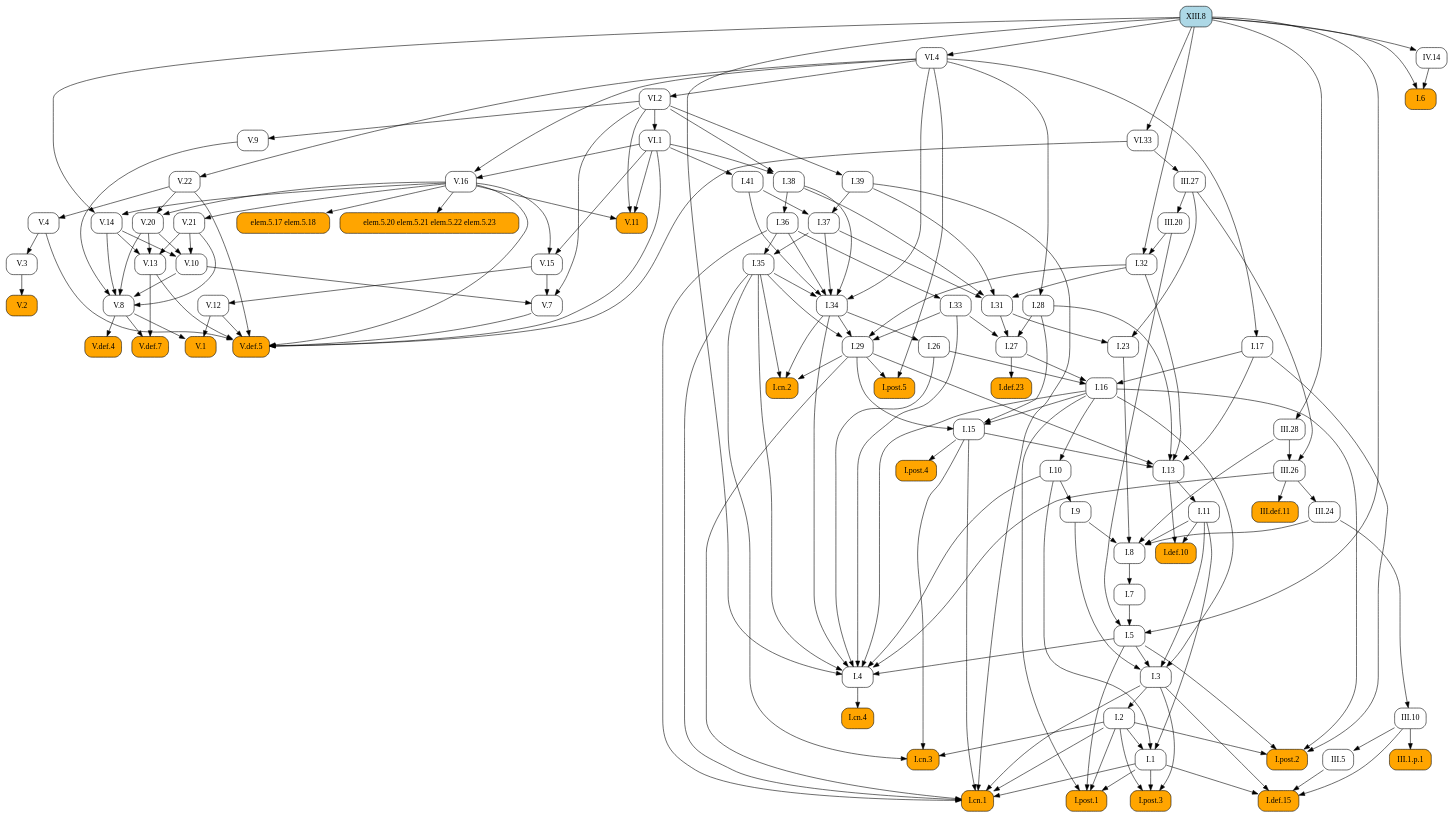
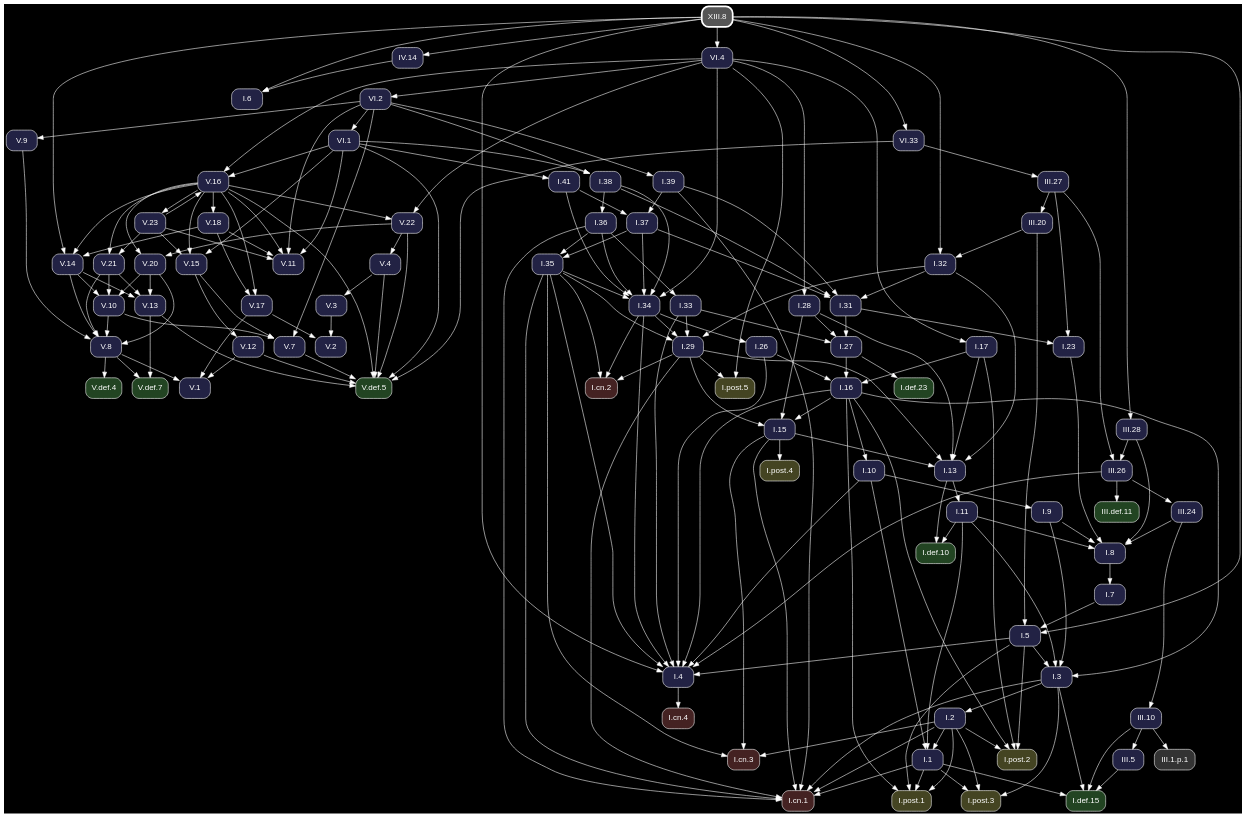
The diagram in docsrc/heath/XIII/8/index.rst (geometor/elements), drawn with Graphviz before and after one commit. The commit also changed other lines of this file and 1200 other files, not shown here.

Commit message:
update dependency graphs

```diff
--- a/docsrc/heath/XIII/8/index.rst
+++ b/docsrc/heath/XIII/8/index.rst
@@ -47,149 +47,221 @@
 .. graphviz::
 
    digraph {
+     bgcolor="black";
+     node [shape=box, style="rounded,filled", fontname="Helvetica", color="white", fontcolor="white"];
+     edge [color="white", fontcolor="white"];
      rankdir="TB";
-     node [shape=box, style=rounded];
-     "I.23" [URL="/heath/I/23/", target="_top"];
-     "I.9" [URL="/heath/I/9/", target="_top"];
-     "III.24" [URL="/heath/III/24/", target="_top"];
-     "I.def.15" [style="rounded,filled", fillcolor=orange, URL="/heath/I/def.15/", target="_top"];
-     "V.13" [URL="/heath/V/13/", target="_top"];
-     "V.7" [URL="/heath/V/7/", target="_top"];
-     "elem.5.17 elem.5.18" [style="rounded,filled", fillcolor=orange];
-     "I.post.1" [style="rounded,filled", fillcolor=orange, URL="/heath/I/post.1/", target="_top"];
-     "V.14" [URL="/heath/V/14/", target="_top"];
-     "III.20" [URL="/heath/III/20/", target="_top"];
-     "V.9" [URL="/heath/V/9/", target="_top"];
-     "IV.14" [URL="/heath/IV/14/", target="_top"];
-     "I.31" [URL="/heath/I/31/", target="_top"];
-     "V.10" [URL="/heath/V/10/", target="_top"];
-     "I.def.10" [style="rounded,filled", fillcolor=orange, URL="/heath/I/def.10/", target="_top"];
-     "V.4" [URL="/heath/V/4/", target="_top"];
-     "VI.1" [URL="/heath/VI/1/", target="_top"];
-     "I.39" [URL="/heath/I/39/", target="_top"];
-     "V.11" [style="rounded,filled", fillcolor=orange, URL="/heath/V/11/", target="_top"];
-     "I.34" [URL="/heath/I/34/", target="_top"];
-     "I.3" [URL="/heath/I/3/", target="_top"];
-     "V.def.4" [style="rounded,filled", fillcolor=orange, URL="/heath/V/def.4/", target="_top"];
-     "III.28" [URL="/heath/III/28/", target="_top"];
-     "V.def.7" [style="rounded,filled", fillcolor=orange, URL="/heath/V/def.7/", target="_top"];
-     "I.2" [URL="/heath/I/2/", target="_top"];
-     "V.21" [URL="/heath/V/21/", target="_top"];
-     "V.3" [URL="/heath/V/3/", target="_top"];
-     "I.13" [URL="/heath/I/13/", target="_top"];
-     "I.post.4" [style="rounded,filled", fillcolor=orange, URL="/heath/I/post.4/", target="_top"];
-     "I.4" [URL="/heath/I/4/", target="_top"];
-     "I.1" [URL="/heath/I/1/", target="_top"];
-     "XIII.8" [style="rounded,filled", fillcolor=lightblue, URL="/heath/XIII/8/", target="_top"];
-     "I.8" [URL="/heath/I/8/", target="_top"];
-     "I.17" [URL="/heath/I/17/", target="_top"];
-     "I.29" [URL="/heath/I/29/", target="_top"];
-     "V.8" [URL="/heath/V/8/", target="_top"];
-     "I.38" [URL="/heath/I/38/", target="_top"];
-     "I.15" [URL="/heath/I/15/", target="_top"];
-     "I.10" [URL="/heath/I/10/", target="_top"];
-     "I.11" [URL="/heath/I/11/", target="_top"];
-     "I.def.23" [style="rounded,filled", fillcolor=orange, URL="/heath/I/def.23/", target="_top"];
-     "VI.4" [URL="/heath/VI/4/", target="_top"];
-     "I.26" [URL="/heath/I/26/", target="_top"];
-     "V.16" [URL="/heath/V/16/", target="_top"];
-     "I.33" [URL="/heath/I/33/", target="_top"];
-     "I.32" [URL="/heath/I/32/", target="_top"];
-     "I.post.3" [style="rounded,filled", fillcolor=orange, URL="/heath/I/post.3/", target="_top"];
-     "III.def.11" [style="rounded,filled", fillcolor=orange, URL="/heath/III/def.11/", target="_top"];
-     "V.def.5" [style="rounded,filled", fillcolor=orange, URL="/heath/V/def.5/", target="_top"];
-     "III.10" [URL="/heath/III/10/", target="_top"];
-     "I.27" [URL="/heath/I/27/", target="_top"];
-     "V.20" [URL="/heath/V/20/", target="_top"];
-     "V.12" [URL="/heath/V/12/", target="_top"];
-     "III.5" [URL="/heath/III/5/", target="_top"];
-     "I.35" [URL="/heath/I/35/", target="_top"];
-     "I.cn.1" [style="rounded,filled", fillcolor=orange, URL="/heath/I/cn.1/", target="_top"];
-     "V.2" [style="rounded,filled", fillcolor=orange, URL="/heath/V/2/", target="_top"];
-     "I.7" [URL="/heath/I/7/", target="_top"];
-     "III.26" [URL="/heath/III/26/", target="_top"];
-     "III.27" [URL="/heath/III/27/", target="_top"];
-     "I.36" [URL="/heath/I/36/", target="_top"];
-     "I.5" [URL="/heath/I/5/", target="_top"];
-     "I.37" [URL="/heath/I/37/", target="_top"];
-     "I.cn.3" [style="rounded,filled", fillcolor=orange, URL="/heath/I/cn.3/", target="_top"];
-     "I.16" [URL="/heath/I/16/", target="_top"];
-     "VI.33" [URL="/heath/VI/33/", target="_top"];
-     "V.1" [style="rounded,filled", fillcolor=orange, URL="/heath/V/1/", target="_top"];
-     "III.1.p.1" [style="rounded,filled", fillcolor=orange];
-     "V.22" [URL="/heath/V/22/", target="_top"];
-     "I.cn.2" [style="rounded,filled", fillcolor=orange, URL="/heath/I/cn.2/", target="_top"];
-     "I.post.5" [style="rounded,filled", fillcolor=orange, URL="/heath/I/post.5/", target="_top"];
-     "I.28" [URL="/heath/I/28/", target="_top"];
-     "I.cn.4" [style="rounded,filled", fillcolor=orange, URL="/heath/I/cn.4/", target="_top"];
-     "VI.2" [URL="/heath/VI/2/", target="_top"];
-     "V.15" [URL="/heath/V/15/", target="_top"];
-     "I.post.2" [style="rounded,filled", fillcolor=orange, URL="/heath/I/post.2/", target="_top"];
-     "I.41" [URL="/heath/I/41/", target="_top"];
-     "I.6" [style="rounded,filled", fillcolor=orange, URL="/heath/I/6/", target="_top"];
-     "elem.5.20 elem.5.21 elem.5.22 elem.5.23" [style="rounded,filled", fillcolor=orange];
-     "I.31" -> "I.23";
-     "III.27" -> "I.23";
-     "I.10" -> "I.9";
-     "III.26" -> "III.24";
-     "I.1" -> "I.def.15";
-     "I.3" -> "I.def.15";
-     "III.5" -> "I.def.15";
-     "III.10" -> "I.def.15";
+     "V.15" [fillcolor="#222244", URL="/heath/V/15/", target="_top"];
+     "I.32" [fillcolor="#222244", URL="/heath/I/32/", target="_top"];
+     "I.cn.1" [fillcolor="#442222", URL="/heath/I/cn.1/", target="_top"];
+     "V.18" [fillcolor="#222244", URL="/heath/V/18/", target="_top"];
+     "V.14" [fillcolor="#222244", URL="/heath/V/14/", target="_top"];
+     "I.28" [fillcolor="#222244", URL="/heath/I/28/", target="_top"];
+     "I.27" [fillcolor="#222244", URL="/heath/I/27/", target="_top"];
+     "V.23" [fillcolor="#222244", URL="/heath/V/23/", target="_top"];
+     "I.2" [fillcolor="#222244", URL="/heath/I/2/", target="_top"];
+     "I.41" [fillcolor="#222244", URL="/heath/I/41/", target="_top"];
+     "I.post.4" [fillcolor="#444422", URL="/heath/I/post.4/", target="_top"];
+     "I.26" [fillcolor="#222244", URL="/heath/I/26/", target="_top"];
+     "I.8" [fillcolor="#222244", URL="/heath/I/8/", target="_top"];
+     "V.4" [fillcolor="#222244", URL="/heath/V/4/", target="_top"];
+     "III.27" [fillcolor="#222244", URL="/heath/III/27/", target="_top"];
+     "V.16" [fillcolor="#222244", URL="/heath/V/16/", target="_top"];
+     "VI.2" [fillcolor="#222244", URL="/heath/VI/2/", target="_top"];
+     "III.1.p.1" [fillcolor="#333333"];
+     "I.7" [fillcolor="#222244", URL="/heath/I/7/", target="_top"];
+     "I.5" [fillcolor="#222244", URL="/heath/I/5/", target="_top"];
+     "III.26" [fillcolor="#222244", URL="/heath/III/26/", target="_top"];
+     "V.11" [fillcolor="#222244", URL="/heath/V/11/", target="_top"];
+     "XIII.8" [penwidth=3, color="white", fillcolor="#555555", URL="/heath/XIII/8/", target="_top"];
+     "V.def.4" [fillcolor="#224422", URL="/heath/V/def.4/", target="_top"];
+     "V.20" [fillcolor="#222244", URL="/heath/V/20/", target="_top"];
+     "I.11" [fillcolor="#222244", URL="/heath/I/11/", target="_top"];
+     "I.37" [fillcolor="#222244", URL="/heath/I/37/", target="_top"];
+     "I.cn.3" [fillcolor="#442222", URL="/heath/I/cn.3/", target="_top"];
+     "I.36" [fillcolor="#222244", URL="/heath/I/36/", target="_top"];
+     "I.38" [fillcolor="#222244", URL="/heath/I/38/", target="_top"];
+     "I.post.2" [fillcolor="#444422", URL="/heath/I/post.2/", target="_top"];
+     "I.def.23" [fillcolor="#224422", URL="/heath/I/def.23/", target="_top"];
+     "I.35" [fillcolor="#222244", URL="/heath/I/35/", target="_top"];
+     "I.post.3" [fillcolor="#444422", URL="/heath/I/post.3/", target="_top"];
+     "V.13" [fillcolor="#222244", URL="/heath/V/13/", target="_top"];
+     "V.8" [fillcolor="#222244", URL="/heath/V/8/", target="_top"];
+     "I.33" [fillcolor="#222244", URL="/heath/I/33/", target="_top"];
+     "III.20" [fillcolor="#222244", URL="/heath/III/20/", target="_top"];
+     "V.10" [fillcolor="#222244", URL="/heath/V/10/", target="_top"];
+     "III.def.11" [fillcolor="#224422", URL="/heath/III/def.11/", target="_top"];
+     "I.17" [fillcolor="#222244", URL="/heath/I/17/", target="_top"];
+     "V.def.5" [fillcolor="#224422", URL="/heath/V/def.5/", target="_top"];
+     "V.22" [fillcolor="#222244", URL="/heath/V/22/", target="_top"];
+     "I.6" [fillcolor="#222244", URL="/heath/I/6/", target="_top"];
+     "I.31" [fillcolor="#222244", URL="/heath/I/31/", target="_top"];
+     "I.3" [fillcolor="#222244", URL="/heath/I/3/", target="_top"];
+     "V.12" [fillcolor="#222244", URL="/heath/V/12/", target="_top"];
+     "I.def.10" [fillcolor="#224422", URL="/heath/I/def.10/", target="_top"];
+     "I.15" [fillcolor="#222244", URL="/heath/I/15/", target="_top"];
+     "I.39" [fillcolor="#222244", URL="/heath/I/39/", target="_top"];
+     "I.13" [fillcolor="#222244", URL="/heath/I/13/", target="_top"];
+     "I.cn.2" [fillcolor="#442222", URL="/heath/I/cn.2/", target="_top"];
+     "IV.14" [fillcolor="#222244", URL="/heath/IV/14/", target="_top"];
+     "I.9" [fillcolor="#222244", URL="/heath/I/9/", target="_top"];
+     "I.1" [fillcolor="#222244", URL="/heath/I/1/", target="_top"];
+     "I.post.5" [fillcolor="#444422", URL="/heath/I/post.5/", target="_top"];
+     "I.23" [fillcolor="#222244", URL="/heath/I/23/", target="_top"];
+     "III.24" [fillcolor="#222244", URL="/heath/III/24/", target="_top"];
+     "I.4" [fillcolor="#222244", URL="/heath/I/4/", target="_top"];
+     "VI.4" [fillcolor="#222244", URL="/heath/VI/4/", target="_top"];
+     "V.7" [fillcolor="#222244", URL="/heath/V/7/", target="_top"];
+     "V.9" [fillcolor="#222244", URL="/heath/V/9/", target="_top"];
+     "VI.1" [fillcolor="#222244", URL="/heath/VI/1/", target="_top"];
+     "I.10" [fillcolor="#222244", URL="/heath/I/10/", target="_top"];
+     "III.10" [fillcolor="#222244", URL="/heath/III/10/", target="_top"];
+     "V.def.7" [fillcolor="#224422", URL="/heath/V/def.7/", target="_top"];
+     "I.post.1" [fillcolor="#444422", URL="/heath/I/post.1/", target="_top"];
+     "VI.33" [fillcolor="#222244", URL="/heath/VI/33/", target="_top"];
+     "I.16" [fillcolor="#222244", URL="/heath/I/16/", target="_top"];
+     "I.29" [fillcolor="#222244", URL="/heath/I/29/", target="_top"];
+     "I.cn.4" [fillcolor="#442222", URL="/heath/I/cn.4/", target="_top"];
+     "V.2" [fillcolor="#222244", URL="/heath/V/2/", target="_top"];
+     "V.1" [fillcolor="#222244", URL="/heath/V/1/", target="_top"];
+     "III.28" [fillcolor="#222244", URL="/heath/III/28/", target="_top"];
+     "V.21" [fillcolor="#222244", URL="/heath/V/21/", target="_top"];
+     "I.34" [fillcolor="#222244", URL="/heath/I/34/", target="_top"];
+     "III.5" [fillcolor="#222244", URL="/heath/III/5/", target="_top"];
+     "I.def.15" [fillcolor="#224422", URL="/heath/I/def.15/", target="_top"];
+     "V.3" [fillcolor="#222244", URL="/heath/V/3/", target="_top"];
+     "V.17" [fillcolor="#222244", URL="/heath/V/17/", target="_top"];
+     "V.16" -> "V.15";
+     "V.23" -> "V.15";
+     "VI.1" -> "V.15";
+     "III.20" -> "I.32";
+     "XIII.8" -> "I.32";
+     "I.1" -> "I.cn.1";
+     "I.2" -> "I.cn.1";
+     "I.3" -> "I.cn.1";
+     "I.15" -> "I.cn.1";
+     "I.29" -> "I.cn.1";
+     "I.35" -> "I.cn.1";
+     "I.36" -> "I.cn.1";
+     "I.39" -> "I.cn.1";
+     "V.16" -> "V.18";
+     "V.16" -> "V.14";
+     "V.18" -> "V.14";
+     "XIII.8" -> "V.14";
+     "VI.4" -> "I.28";
+     "I.28" -> "I.27";
+     "I.31" -> "I.27";
+     "I.33" -> "I.27";
+     "V.16" -> "V.23";
+     "I.3" -> "I.2";
+     "VI.1" -> "I.41";
+     "I.15" -> "I.post.4";
+     "I.34" -> "I.26";
+     "I.9" -> "I.8";
+     "I.11" -> "I.8";
+     "I.23" -> "I.8";
+     "III.24" -> "I.8";
+     "III.28" -> "I.8";
+     "V.22" -> "V.4";
+     "VI.33" -> "III.27";
+     "V.23" -> "V.16";
+     "VI.1" -> "V.16";
+     "VI.4" -> "V.16";
+     "VI.4" -> "VI.2";
+     "III.10" -> "III.1.p.1";
+     "I.8" -> "I.7";
+     "I.7" -> "I.5";
+     "III.20" -> "I.5";
+     "XIII.8" -> "I.5";
+     "III.27" -> "III.26";
+     "III.28" -> "III.26";
+     "V.16" -> "V.11";
+     "V.18" -> "V.11";
+     "V.23" -> "V.11";
+     "VI.1" -> "V.11";
+     "VI.2" -> "V.11";
+     "V.8" -> "V.def.4";
+     "V.16" -> "V.20";
+     "V.22" -> "V.20";
+     "I.13" -> "I.11";
+     "I.39" -> "I.37";
+     "I.41" -> "I.37";
+     "I.2" -> "I.cn.3";
+     "I.15" -> "I.cn.3";
+     "I.35" -> "I.cn.3";
+     "I.38" -> "I.36";
+     "VI.1" -> "I.38";
+     "VI.2" -> "I.38";
+     "I.2" -> "I.post.2";
+     "I.5" -> "I.post.2";
+     "I.16" -> "I.post.2";
+     "I.17" -> "I.post.2";
+     "I.27" -> "I.def.23";
+     "I.36" -> "I.35";
+     "I.37" -> "I.35";
+     "I.1" -> "I.post.3";
+     "I.2" -> "I.post.3";
+     "I.3" -> "I.post.3";
      "V.14" -> "V.13";
      "V.20" -> "V.13";
      "V.21" -> "V.13";
-     "V.10" -> "V.7";
-     "V.15" -> "V.7";
-     "VI.2" -> "V.7";
-     "V.16" -> "elem.5.17 elem.5.18";
-     "I.1" -> "I.post.1";
-     "I.2" -> "I.post.1";
-     "I.5" -> "I.post.1";
-     "I.16" -> "I.post.1";
-     "V.16" -> "V.14";
-     "XIII.8" -> "V.14";
+     "V.9" -> "V.8";
+     "V.10" -> "V.8";
+     "V.14" -> "V.8";
+     "V.20" -> "V.8";
+     "V.21" -> "V.8";
+     "I.36" -> "I.33";
      "III.27" -> "III.20";
-     "VI.2" -> "V.9";
-     "XIII.8" -> "IV.14";
+     "V.14" -> "V.10";
+     "V.20" -> "V.10";
+     "V.21" -> "V.10";
+     "III.26" -> "III.def.11";
+     "VI.4" -> "I.17";
+     "V.4" -> "V.def.5";
+     "V.7" -> "V.def.5";
+     "V.12" -> "V.def.5";
+     "V.13" -> "V.def.5";
+     "V.16" -> "V.def.5";
+     "V.22" -> "V.def.5";
+     "VI.1" -> "V.def.5";
+     "VI.33" -> "V.def.5";
+     "V.16" -> "V.22";
+     "VI.4" -> "V.22";
+     "IV.14" -> "I.6";
+     "XIII.8" -> "I.6";
      "I.32" -> "I.31";
      "I.37" -> "I.31";
      "I.38" -> "I.31";
      "I.39" -> "I.31";
-     "V.14" -> "V.10";
-     "V.20" -> "V.10";
-     "V.21" -> "V.10";
-     "I.11" -> "I.def.10";
-     "I.13" -> "I.def.10";
-     "V.22" -> "V.4";
-     "VI.2" -> "VI.1";
-     "VI.2" -> "I.39";
-     "V.16" -> "V.11";
-     "VI.1" -> "V.11";
-     "VI.2" -> "V.11";
-     "I.35" -> "I.34";
-     "I.36" -> "I.34";
-     "I.37" -> "I.34";
-     "I.38" -> "I.34";
-     "I.41" -> "I.34";
-     "VI.4" -> "I.34";
      "I.5" -> "I.3";
      "I.9" -> "I.3";
      "I.11" -> "I.3";
      "I.16" -> "I.3";
-     "V.8" -> "V.def.4";
-     "XIII.8" -> "III.28";
-     "V.8" -> "V.def.7";
-     "V.13" -> "V.def.7";
-     "I.3" -> "I.2";
-     "V.16" -> "V.21";
-     "V.4" -> "V.3";
+     "V.15" -> "V.12";
+     "I.11" -> "I.def.10";
+     "I.13" -> "I.def.10";
+     "I.16" -> "I.15";
+     "I.28" -> "I.15";
+     "I.29" -> "I.15";
+     "VI.2" -> "I.39";
      "I.15" -> "I.13";
      "I.17" -> "I.13";
      "I.28" -> "I.13";
      "I.29" -> "I.13";
      "I.32" -> "I.13";
-     "I.15" -> "I.post.4";
+     "I.29" -> "I.cn.2";
+     "I.34" -> "I.cn.2";
+     "I.35" -> "I.cn.2";
+     "XIII.8" -> "IV.14";
+     "I.10" -> "I.9";
+     "I.2" -> "I.1";
+     "I.10" -> "I.1";
+     "I.11" -> "I.1";
+     "I.29" -> "I.post.5";
+     "VI.4" -> "I.post.5";
+     "I.31" -> "I.23";
+     "III.27" -> "I.23";
+     "III.26" -> "III.24";
      "I.5" -> "I.4";
      "I.10" -> "I.4";
      "I.16" -> "I.4";
@@ -199,107 +271,49 @@
      "I.35" -> "I.4";
      "III.26" -> "I.4";
      "XIII.8" -> "I.4";
-     "I.2" -> "I.1";
-     "I.10" -> "I.1";
-     "I.11" -> "I.1";
-     "I.9" -> "I.8";
-     "I.11" -> "I.8";
-     "I.23" -> "I.8";
-     "III.24" -> "I.8";
-     "III.28" -> "I.8";
-     "VI.4" -> "I.17";
+     "XIII.8" -> "VI.4";
+     "V.10" -> "V.7";
+     "V.15" -> "V.7";
+     "VI.2" -> "V.7";
+     "VI.2" -> "V.9";
+     "VI.2" -> "VI.1";
+     "I.16" -> "I.10";
+     "III.24" -> "III.10";
+     "V.8" -> "V.def.7";
+     "V.13" -> "V.def.7";
+     "I.1" -> "I.post.1";
+     "I.2" -> "I.post.1";
+     "I.5" -> "I.post.1";
+     "I.16" -> "I.post.1";
+     "XIII.8" -> "VI.33";
+     "I.17" -> "I.16";
+     "I.26" -> "I.16";
+     "I.27" -> "I.16";
      "I.32" -> "I.29";
      "I.33" -> "I.29";
      "I.34" -> "I.29";
      "I.35" -> "I.29";
-     "V.9" -> "V.8";
-     "V.10" -> "V.8";
-     "V.14" -> "V.8";
-     "V.20" -> "V.8";
-     "V.21" -> "V.8";
-     "VI.1" -> "I.38";
-     "VI.2" -> "I.38";
-     "I.16" -> "I.15";
-     "I.28" -> "I.15";
-     "I.29" -> "I.15";
-     "I.16" -> "I.10";
-     "I.13" -> "I.11";
-     "I.27" -> "I.def.23";
-     "XIII.8" -> "VI.4";
-     "I.34" -> "I.26";
-     "VI.1" -> "V.16";
-     "VI.4" -> "V.16";
-     "I.36" -> "I.33";
-     "III.20" -> "I.32";
-     "XIII.8" -> "I.32";
-     "I.1" -> "I.post.3";
-     "I.2" -> "I.post.3";
-     "I.3" -> "I.post.3";
-     "III.26" -> "III.def.11";
-     "V.4" -> "V.def.5";
-     "V.7" -> "V.def.5";
-     "V.12" -> "V.def.5";
-     "V.13" -> "V.def.5";
-     "V.16" -> "V.def.5";
-     "V.22" -> "V.def.5";
-     "VI.1" -> "V.def.5";
-     "VI.33" -> "V.def.5";
-     "III.24" -> "III.10";
-     "I.28" -> "I.27";
-     "I.31" -> "I.27";
-     "I.33" -> "I.27";
-     "V.16" -> "V.20";
-     "V.22" -> "V.20";
-     "V.15" -> "V.12";
-     "III.10" -> "III.5";
-     "I.36" -> "I.35";
-     "I.37" -> "I.35";
-     "I.1" -> "I.cn.1";
-     "I.2" -> "I.cn.1";
-     "I.3" -> "I.cn.1";
-     "I.15" -> "I.cn.1";
-     "I.29" -> "I.cn.1";
-     "I.35" -> "I.cn.1";
-     "I.36" -> "I.cn.1";
-     "I.39" -> "I.cn.1";
+     "I.4" -> "I.cn.4";
      "V.3" -> "V.2";
-     "I.8" -> "I.7";
-     "III.27" -> "III.26";
-     "III.28" -> "III.26";
-     "VI.33" -> "III.27";
-     "I.38" -> "I.36";
-     "I.7" -> "I.5";
-     "III.20" -> "I.5";
-     "XIII.8" -> "I.5";
-     "I.39" -> "I.37";
-     "I.41" -> "I.37";
-     "I.2" -> "I.cn.3";
-     "I.15" -> "I.cn.3";
-     "I.35" -> "I.cn.3";
-     "I.17" -> "I.16";
-     "I.26" -> "I.16";
-     "I.27" -> "I.16";
-     "XIII.8" -> "VI.33";
+     "V.17" -> "V.2";
      "V.8" -> "V.1";
      "V.12" -> "V.1";
-     "III.10" -> "III.1.p.1";
-     "VI.4" -> "V.22";
-     "I.29" -> "I.cn.2";
-     "I.34" -> "I.cn.2";
-     "I.35" -> "I.cn.2";
-     "I.29" -> "I.post.5";
-     "VI.4" -> "I.post.5";
-     "VI.4" -> "I.28";
-     "I.4" -> "I.cn.4";
-     "VI.4" -> "VI.2";
-     "V.16" -> "V.15";
-     "VI.1" -> "V.15";
-     "I.2" -> "I.post.2";
-     "I.5" -> "I.post.2";
-     "I.16" -> "I.post.2";
-     "I.17" -> "I.post.2";
-     "VI.1" -> "I.41";
-     "IV.14" -> "I.6";
-     "XIII.8" -> "I.6";
-     "V.16" -> "elem.5.20 elem.5.21 elem.5.22 elem.5.23";
+     "V.17" -> "V.1";
+     "XIII.8" -> "III.28";
+     "V.16" -> "V.21";
+     "V.23" -> "V.21";
+     "I.35" -> "I.34";
+     "I.36" -> "I.34";
+     "I.37" -> "I.34";
+     "I.38" -> "I.34";
+     "I.41" -> "I.34";
+     "VI.4" -> "I.34";
+     "III.10" -> "III.5";
+     "I.1" -> "I.def.15";
+     "I.3" -> "I.def.15";
+     "III.5" -> "I.def.15";
+     "III.10" -> "I.def.15";
+     "V.4" -> "V.3";
+     "V.16" -> "V.17";
+     "V.18" -> "V.17";
    }
```
